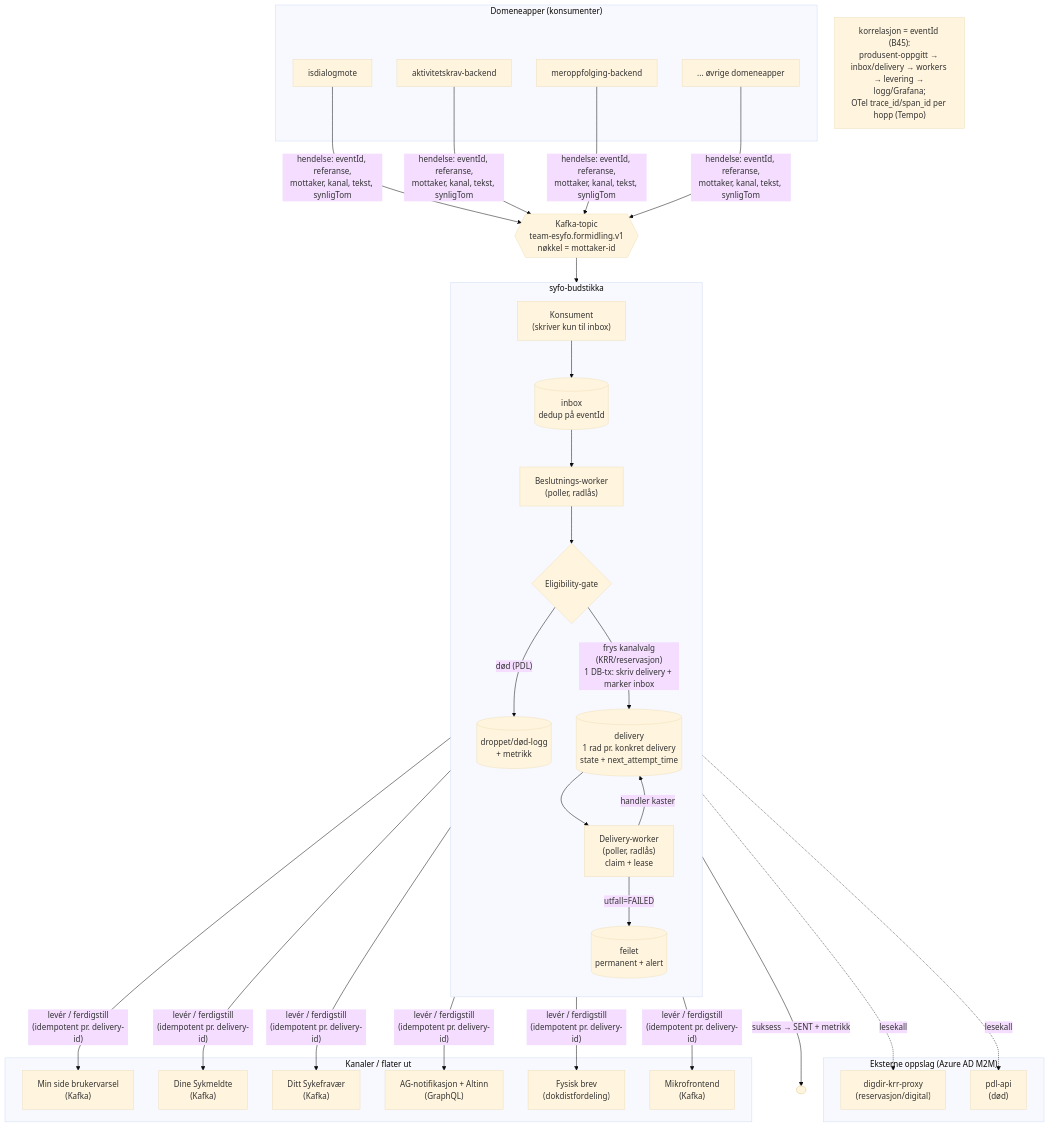
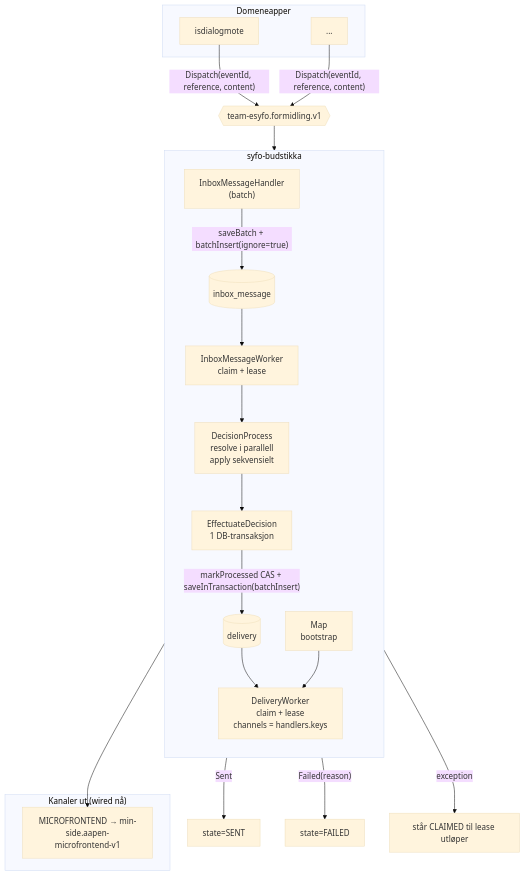
The diagram in docs/flyt.md (navikt/syfo-budstikka), drawn with Mermaid (base theme) before and after one commit. The commit also changed other lines of this file and 1 other file, not shown here.

Commit message:
doc: mermaid big picture diagram

````diff
--- a/docs/flyt.md
+++ b/docs/flyt.md
@@ -6,53 +6,38 @@
 ```mermaid
 flowchart TB
-    subgraph Domene["Domeneapper (konsumenter)"]
+    subgraph Producers["Domeneapper"]
         P1["isdialogmote"]
-        P2["aktivitetskrav-backend"]
-        P3["meroppfolging-backend"]
-        P4["... øvrige domeneapper"]
+        P2["..."]
     end
 
-    P1 & P2 & P3 & P4 -->|"hendelse: eventId, referanse,<br/>mottaker, kanal, tekst, synligTom"| TOPIC{{"Kafka-topic<br/>team-esyfo.formidling.v1<br/>nøkkel = mottaker-id"}}
+    P1 & P2 -->|"Dispatch(eventId, reference, content)"| TOPIC{{"team-esyfo.formidling.v1"}}
 
     subgraph Budstikka["syfo-budstikka"]
         direction TB
-        CONS["Konsument<br/>(skriver kun til inbox)"]
-        INBOX[("inbox<br/>dedup på eventId")]
-        BESL["Beslutnings-worker<br/>(poller, radlås)"]
-        ELIG{"Eligibility-gate"}
-        DELIVERY[("delivery<br/>1 rad pr. konkret delivery<br/>state + next_attempt_time")]
-        DWORK["Delivery-worker<br/>(poller, radlås)<br/>claim + lease"]
-        DROP[("droppet/død-logg<br/>+ metrikk")]
-        FEILET[("feilet<br/>permanent + alert")]
+        CONS["InboxMessageHandler<br/>(batch)"]
+        INBOX[("inbox_message")]
+        IWORK["InboxMessageWorker<br/>claim + lease"]
+        DEC["DecisionProcess<br/>resolve i parallell<br/>apply sekvensielt"]
+        EFF["EffectuateDecision<br/>1 DB-transaksjon"]
+        OUTBOX[("delivery")]
+        DWORK["DeliveryWorker<br/>claim + lease<br/>channels = handlers.keys"]
+        MAP["Map<Channel, ChannelHandler><br/>bootstrap"]
     end
 
-    TOPIC --> CONS --> INBOX
-    INBOX --> BESL --> ELIG
-    ELIG -->|"død (PDL)"| DROP
-    ELIG -->|"frys kanalvalg<br/>(KRR/reservasjon)<br/>1 DB-tx: skriv delivery + marker inbox"| DELIVERY
-    DELIVERY --> DWORK
+    TOPIC --> CONS
+    CONS -->|"saveBatch + batchInsert(ignore=true)"| INBOX
+    INBOX --> IWORK
+    IWORK --> DEC --> EFF
+    EFF -->|"markProcessed CAS + saveInTransaction(batchInsert)"| OUTBOX
+    OUTBOX --> DWORK
+    MAP --> DWORK
 
-    DWORK -->|"handler kaster"| DELIVERY
-    DWORK -->|"utfall=FAILED"| FEILET
+    DWORK -->|"Sent"| SENT["state=SENT"]
+    DWORK -->|"Failed(reason)"| FAILED["state=FAILED"]
+    DWORK -->|"exception"| RECLAIM["står CLAIMED til lease utløper"]
 
-    subgraph KRRPDL["Eksterne oppslag (Azure AD M2M)"]
-        KRR["digdir-krr-proxy<br/>(reservasjon/digital)"]
-        PDL["pdl-api<br/>(død)"]
+    subgraph Outbound["Kanaler ut (wired nå)"]
+        MF["MICROFRONTEND → min-side.aapen-microfrontend-v1"]
     end
-    BESL -.lesekall.-> KRR
-    BESL -.lesekall.-> PDL
-
-    subgraph Flater["Kanaler / flater ut"]
-        MS["Min side brukervarsel<br/>(Kafka)"]
-        DS["Dine Sykmeldte<br/>(Kafka)"]
-        DSF["Ditt Sykefravær<br/>(Kafka)"]
-        AG["AG-notifikasjon + Altinn<br/>(GraphQL)"]
-        BREV["Fysisk brev<br/>(dokdistfordeling)"]
-        MF["Mikrofrontend<br/>(Kafka)"]
-    end
-
-    DWORK -->|"levér / ferdigstill<br/>(idempotent pr. delivery-id)"| MS & DS & DSF & AG & BREV & MF
-    DWORK -->|"suksess → SENT + metrikk"| OK([" "])
-
-    TRACE["korrelasjon = eventId (B45):<br/>produsent-oppgitt → inbox/delivery → workers → levering → logg/Grafana;<br/>OTel trace_id/span_id per hopp (Tempo)"]
+    DWORK --> MF
 ```
````
